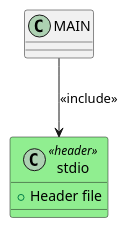
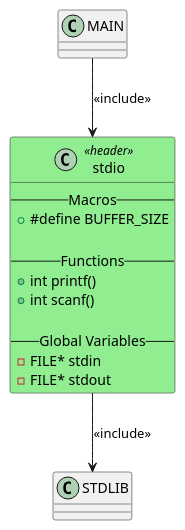
Before and after one commit to fischerjooo/c2puml: the third of 3 diagrams in test_typedef_example.md, drawn with PlantUML. The commit also changed other lines of this file and 4 other files, not shown here.

Commit message:
Enhance header representation and include relationships in PlantUML diagrams

````diff
--- a/test_typedef_example.md
+++ b/test_typedef_example.md
@@ -57,8 +57,20 @@
 ```plantuml
 class "stdio" as STDIO <<header>> #LightGreen
 {
-    + Header file
+    -- Macros --
+    + #define BUFFER_SIZE
+    
+    -- Functions --
+    + int printf()
+    + int scanf()
+    
+    -- Global Variables --
+    - FILE* stdin
+    - FILE* stdout
 }
 
 MAIN --> STDIO : <<include>>
+
+' Header-to-header relationships:
+STDIO --> STDLIB : <<include>>
 ```
````
